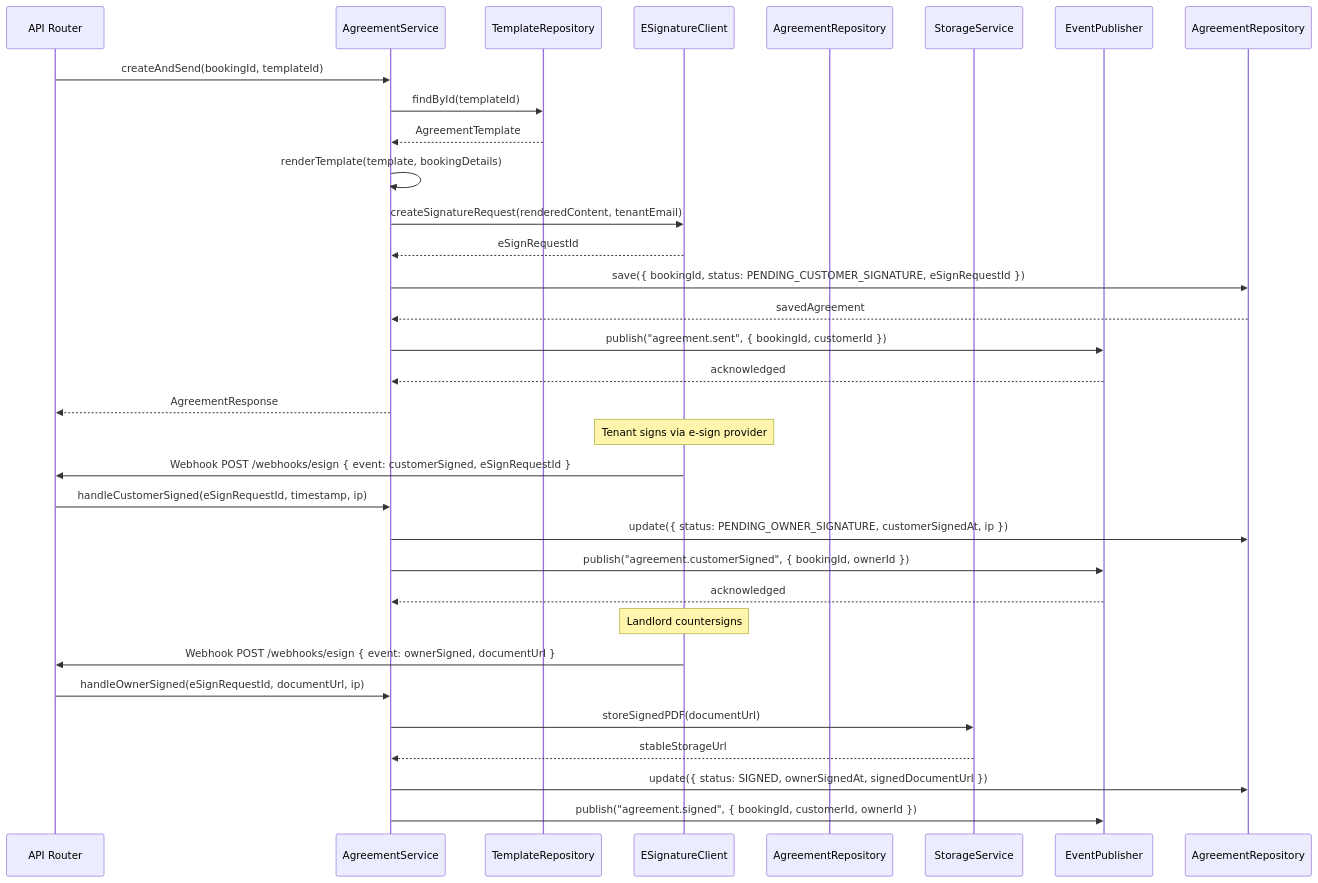
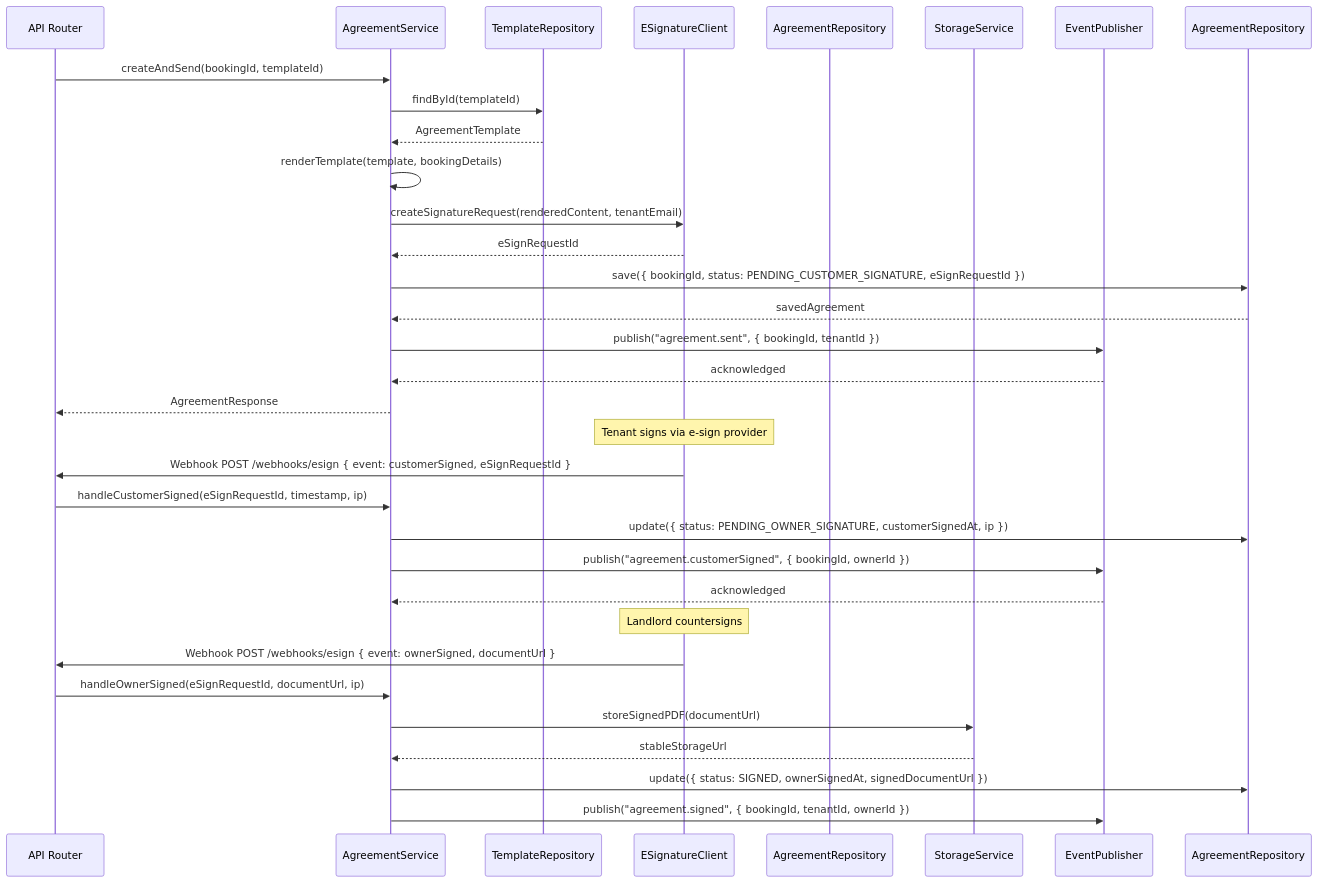
The second of 5 diagrams in docs/detailed-design/sequence-diagrams.md (0Ankit0/meroghar), drawn with Mermaid before and after one commit. The commit also changed other lines of this file and 13 other files, not shown here.

````diff
--- a/docs/detailed-design/sequence-diagrams.md
+++ b/docs/detailed-design/sequence-diagrams.md
@@ -46,43 +46,43 @@
 ```mermaid
 sequenceDiagram
     participant Router as API Router
     participant AgreeSvc as AgreementService
     participant TemplateRepo as TemplateRepository
     participant ESignClient as ESignatureClient
     participant AgreementRepo as AgreementRepository
     participant StorageSvc as StorageService
     participant EventPub as EventPublisher
 
     Router->>AgreeSvc: createAndSend(bookingId, templateId)
     AgreeSvc->>TemplateRepo: findById(templateId)
     TemplateRepo-->>AgreeSvc: AgreementTemplate
 
     AgreeSvc->>AgreeSvc: renderTemplate(template, bookingDetails)
 
     AgreeSvc->>ESignClient: createSignatureRequest(renderedContent, tenantEmail)
     ESignClient-->>AgreeSvc: eSignRequestId
 
     AgreeSvc->>AgreementRepository: save({ bookingId, status: PENDING_CUSTOMER_SIGNATURE, eSignRequestId })
     AgreementRepository-->>AgreeSvc: savedAgreement
 
-    AgreeSvc->>EventPub: publish("agreement.sent", { bookingId, customerId })
+    AgreeSvc->>EventPub: publish("agreement.sent", { bookingId, tenantId })
     EventPub-->>AgreeSvc: acknowledged
     AgreeSvc-->>Router: AgreementResponse
 
     note over ESignClient: Tenant signs via e-sign provider
 
     ESignClient->>Router: Webhook POST /webhooks/esign { event: customerSigned, eSignRequestId }
     Router->>AgreeSvc: handleCustomerSigned(eSignRequestId, timestamp, ip)
     AgreeSvc->>AgreementRepository: update({ status: PENDING_OWNER_SIGNATURE, customerSignedAt, ip })
     AgreeSvc->>EventPub: publish("agreement.customerSigned", { bookingId, ownerId })
     EventPub-->>AgreeSvc: acknowledged
 
     note over ESignClient: Landlord countersigns
 
     ESignClient->>Router: Webhook POST /webhooks/esign { event: ownerSigned, documentUrl }
     Router->>AgreeSvc: handleOwnerSigned(eSignRequestId, documentUrl, ip)
     AgreeSvc->>StorageSvc: storeSignedPDF(documentUrl)
     StorageSvc-->>AgreeSvc: stableStorageUrl
     AgreeSvc->>AgreementRepository: update({ status: SIGNED, ownerSignedAt, signedDocumentUrl })
-    AgreeSvc->>EventPub: publish("agreement.signed", { bookingId, customerId, ownerId })
+    AgreeSvc->>EventPub: publish("agreement.signed", { bookingId, tenantId, ownerId })
 ```
````
